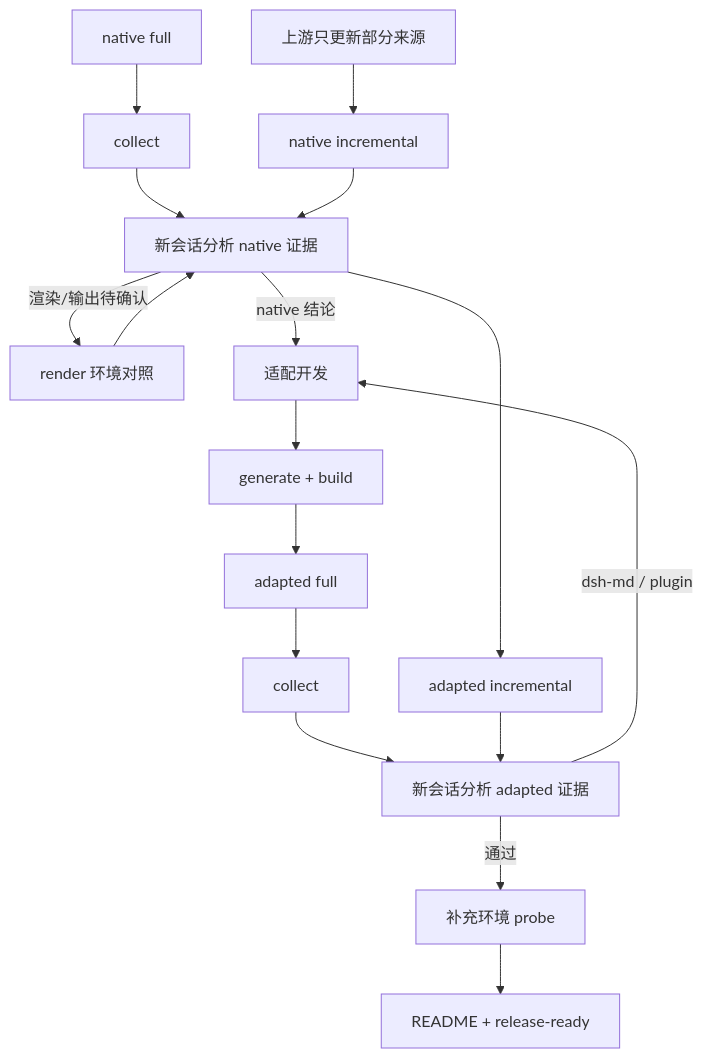
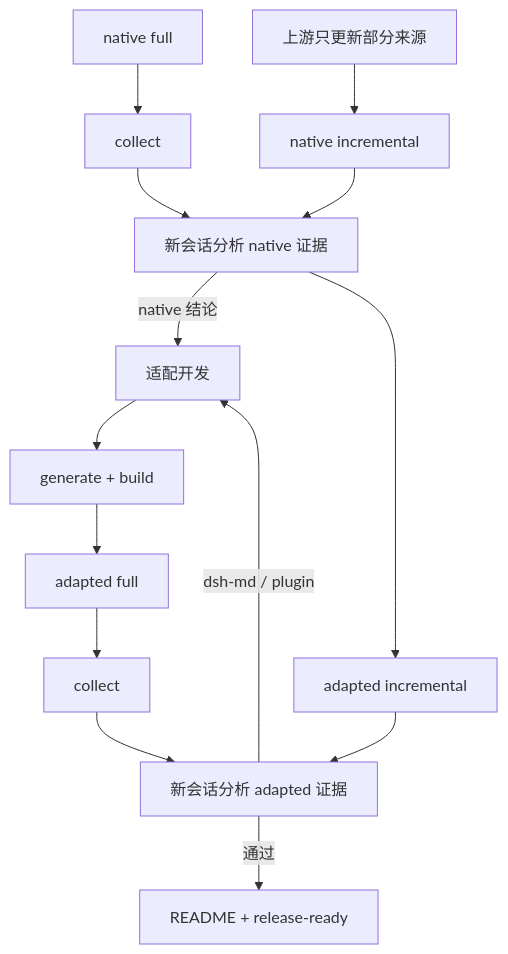
Before and after one commit to l246804/dsh-pstack: the diagram in playground/docs/workflow.md, drawn with Mermaid. The commit also changed other lines of this file and 6 other files, not shown here.

````diff
--- a/playground/docs/workflow.md
+++ b/playground/docs/workflow.md
@@ -36,19 +36,16 @@
 ```mermaid
 flowchart TD
   nativeFull[native full] --> collectNative[collect]
   collectNative --> analyzeNative[新会话分析 native 证据]
-  analyzeNative -->|渲染/输出待确认| renderCompare[render 环境对照]
-  renderCompare --> analyzeNative
   analyzeNative -->|native 结论| portChange[适配开发]
   portChange --> build[generate + build]
   build --> adaptedFull[adapted full]
   adaptedFull --> collectAdapted[collect]
   collectAdapted --> analyzeAdapted[新会话分析 adapted 证据]
   analyzeAdapted -->|dsh-md / plugin| portChange
-  analyzeAdapted -->|通过| envGroup[补充环境 probe]
-  envGroup --> release[README + release-ready]
+  analyzeAdapted -->|通过| release[README + release-ready]
   upstream[上游只更新部分来源] --> nativeDelta[native incremental]
   nativeDelta --> analyzeNative
   analyzeNative --> adaptedDelta[adapted incremental]
   adaptedDelta --> analyzeAdapted
 ```
````
